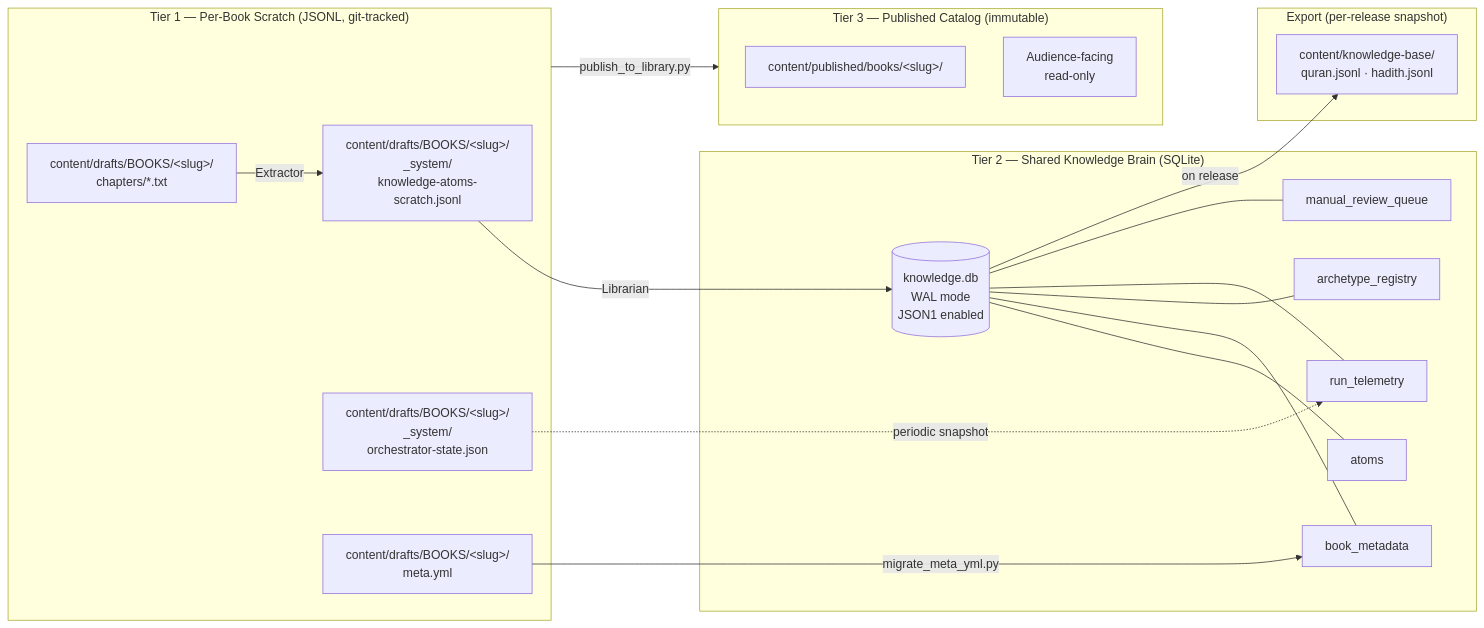
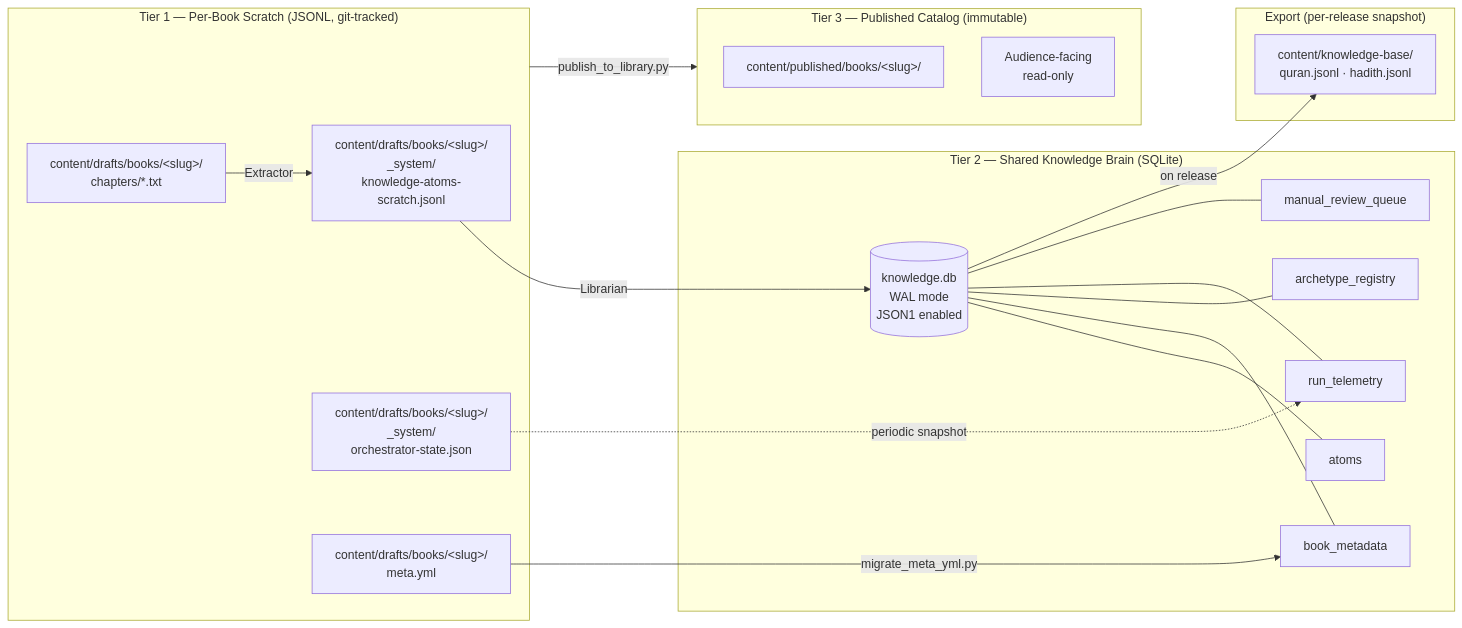
The third of 12 diagrams in _workspace/plan/architecture.md (asifhussain60/podcast-factory), drawn with Mermaid before and after one commit. The commit also changed 5 other files, not shown here.

````diff
--- a/_workspace/plan/architecture.md
+++ b/_workspace/plan/architecture.md
@@ -109,35 +109,35 @@
 ```mermaid
 flowchart LR
     subgraph TIER1["Tier 1 — Per-Book Scratch (JSONL, git-tracked)"]
-        S1[content/drafts/BOOKS/&lt;slug&gt;/<br/>_system/<br/>knowledge-atoms-scratch.jsonl]
-        S2[content/drafts/BOOKS/&lt;slug&gt;/<br/>_system/<br/>orchestrator-state.json]
-        S3[content/drafts/BOOKS/&lt;slug&gt;/<br/>chapters/*.txt]
-        S4[content/drafts/BOOKS/&lt;slug&gt;/<br/>meta.yml]
+        S1[content/drafts/books/&lt;slug&gt;/<br/>_system/<br/>knowledge-atoms-scratch.jsonl]
+        S2[content/drafts/books/&lt;slug&gt;/<br/>_system/<br/>orchestrator-state.json]
+        S3[content/drafts/books/&lt;slug&gt;/<br/>chapters/*.txt]
+        S4[content/drafts/books/&lt;slug&gt;/<br/>meta.yml]
     end
 
     subgraph TIER2["Tier 2 — Shared Knowledge Brain (SQLite)"]
         DB[(knowledge.db<br/>WAL mode<br/>JSON1 enabled)]
         T1[atoms]
         T2[book_metadata]
         T3[archetype_registry]
         T4[run_telemetry]
         T5[manual_review_queue]
         DB --- T1 & T2 & T3 & T4 & T5
     end
 
     subgraph TIER3["Tier 3 — Published Catalog (immutable)"]
         C1[content/published/books/&lt;slug&gt;/]
         C2[Audience-facing<br/>read-only]
     end
 
     subgraph EXPORT["Export (per-release snapshot)"]
         E1[content/knowledge-base/<br/>quran.jsonl · hadith.jsonl]
     end
 
     S1 -->|Librarian| DB
     S3 -->|Extractor| S1
     DB -->|on release| E1
     S4 -->|migrate_meta_yml.py| T2
     S2 -.->|periodic snapshot| T4
     TIER1 -->|publish_to_library.py| TIER3
 ```
````
